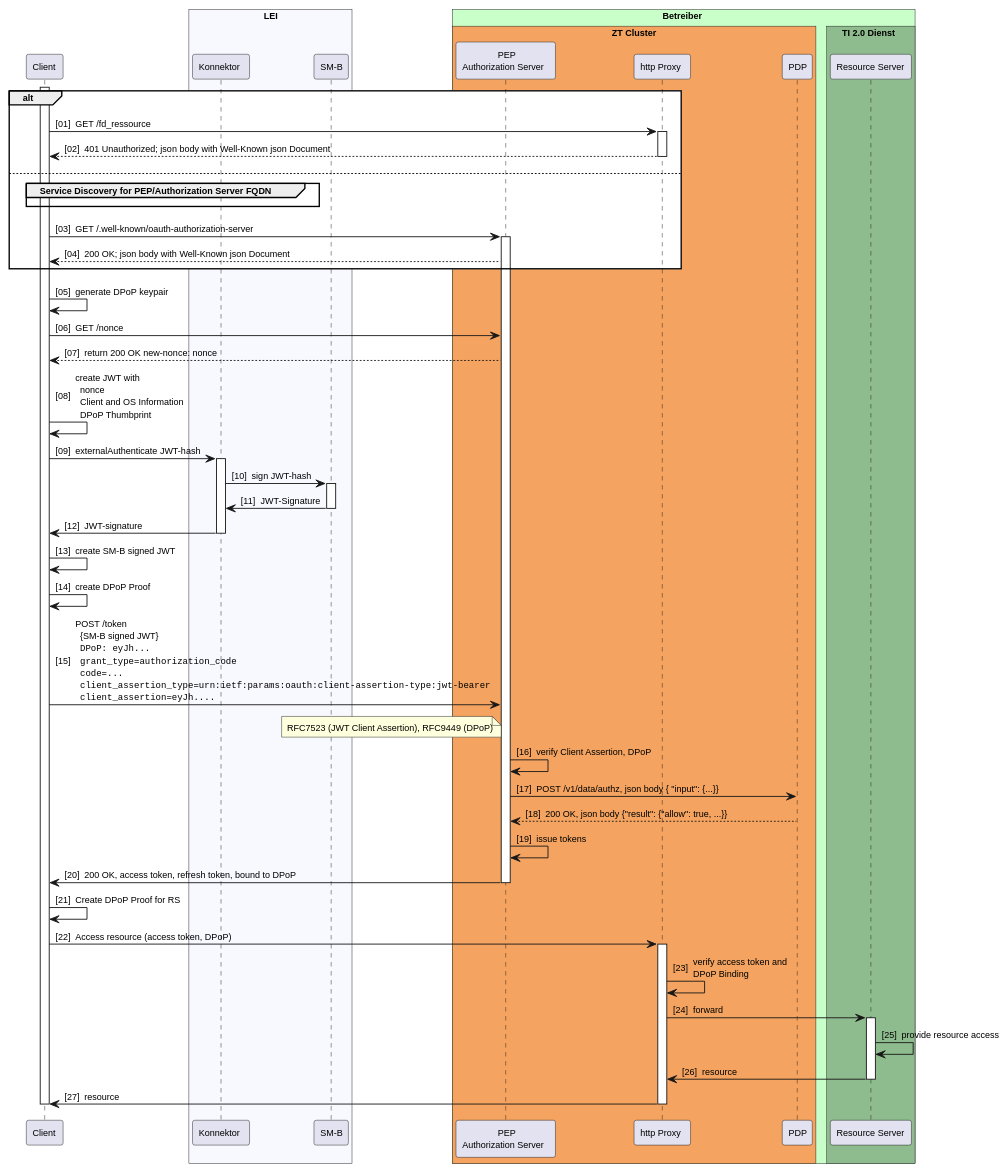
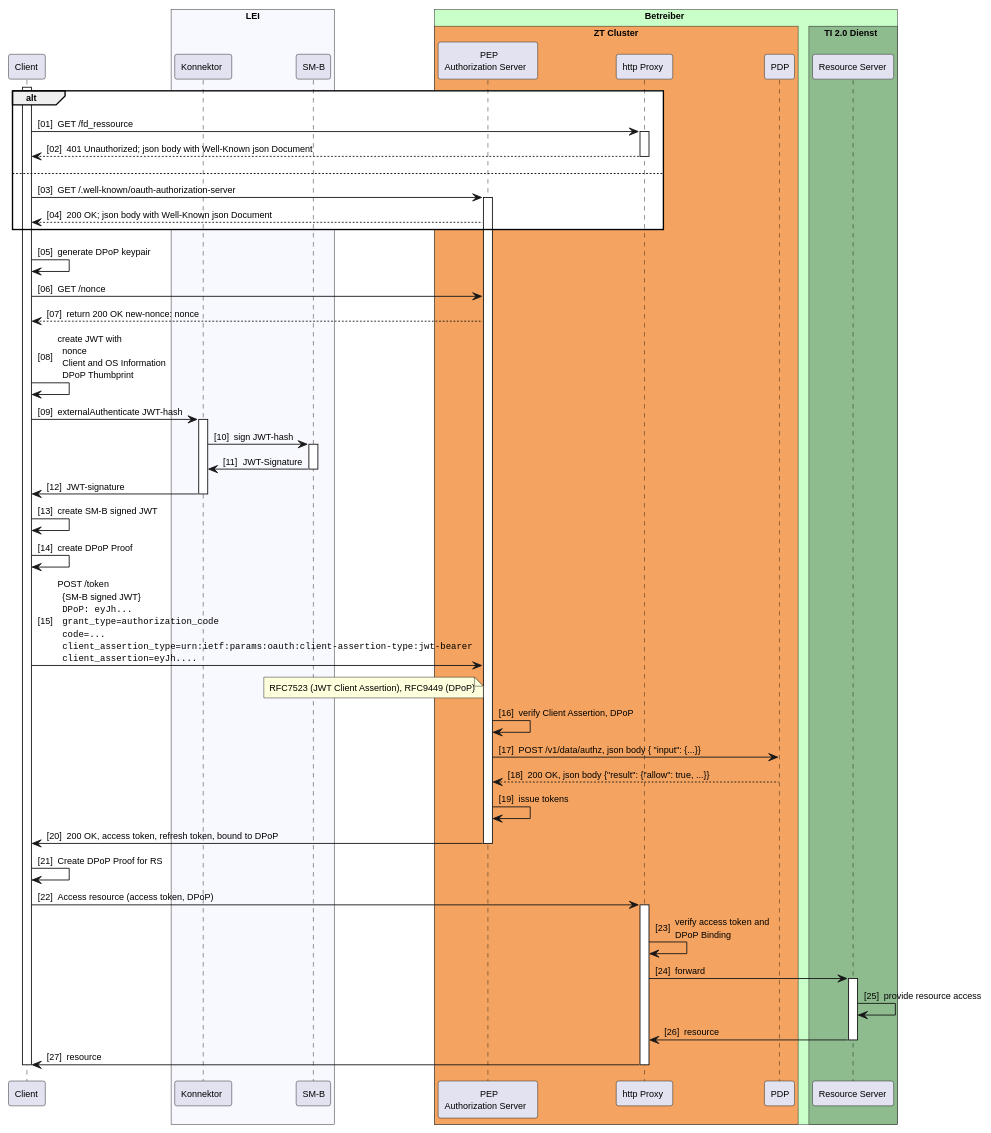
Before and after one commit to gematik/spec-t20r: the diagram in src/plantuml/sm-b-auth.puml, drawn with PlantUML.

```diff
--- a/src/plantuml/sm-b-auth.puml
+++ b/src/plantuml/sm-b-auth.puml
@@ -1,90 +1,88 @@
 @startuml "SM-B_Auth_with_DPoP"
 autonumber "[00]"
 skinparam defaultFontSize 10
 skinparam defaultFontName Helvetica
 skinparam DefaultMonospacedFontName Courier
 skinparam lengthAdjust none
 
 !pragma teoz true
 
 participant Client
 box "LEI" #GhostWhite
     participant Konnektor
     participant SMB as "SM-B"
 end box
 
 box "Betreiber" #TECHNOLOGY
     box "ZT Cluster" #SandyBrown
         participant AuthS as "PEP\nAuthorization Server" 
         participant HP as "http Proxy"
         participant PDP as "PDP"
     endbox
     box TI 2.0 Dienst #DarkSeaGreen
         participant RS as "Resource Server"
     endbox
 end box
 
 activate Client
 
 
 alt #White
     Client -> HP: GET /fd_ressource
     activate HP
     HP --> Client: 401 Unauthorized; json body with Well-Known json Document
     deactivate HP
 else 
-    group Service Discovery for PEP/Authorization Server FQDN
-    end
     Client -> AuthS: GET /.well-known/oauth-authorization-server 
     activate AuthS
     AuthS --> Client: 200 OK; json body with Well-Known json Document
 end
 
 Client -> Client: generate DPoP keypair
 Client -> AuthS: GET /nonce
 AuthS --> Client: return 200 OK new-nonce: nonce
 Client -> Client: create JWT with\n  nonce\n  Client and OS Information\n  DPoP Thumbprint
 Client -> Konnektor: externalAuthenticate JWT-hash
 activate Konnektor
 Konnektor -> SMB: sign JWT-hash
 activate SMB
 SMB -> Konnektor: JWT-Signature
 deactivate SMB
 Konnektor -> Client: JWT-signature
 deactivate Konnektor
 
 Client -> Client: create SM-B signed JWT
 Client -> Client: create DPoP Proof
 Client -> AuthS: POST /token\n\
   {SM-B signed JWT}\n\
   ""DPoP: eyJh...""\n\
   ""grant_type=authorization_code""\n\
   ""code=...""\n\
   ""client_assertion_type=urn:ietf:params:oauth:client-assertion-type:jwt-bearer""\n\
   ""client_assertion=eyJh....""
 note left of AuthS
   RFC7523 (JWT Client Assertion), RFC9449 (DPoP)
 end note
 
 AuthS -> AuthS: verify Client Assertion, DPoP
 AuthS -> PDP: POST /v1/data/authz, json body {  "input": {...}} 
 PDP --> AuthS: 200 OK, json body {"result": {"allow": true, ...}}
 AuthS -> AuthS: issue tokens
 AuthS -> Client: 200 OK, access token, refresh token, bound to DPoP
 deactivate AuthS
 Client -> Client: Create DPoP Proof for RS
 
 Client -> HP: Access resource (access token, DPoP)
 activate HP
 HP -> HP: verify access token and\nDPoP Binding
 HP -> RS: forward
 activate RS
 RS -> RS: provide resource access
 RS -> HP: resource
 deactivate RS
 HP -> Client: resource
 deactivate HP
 deactivate RS
 deactivate Client
 
 @enduml
```
